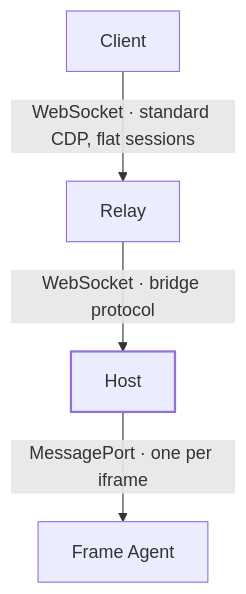
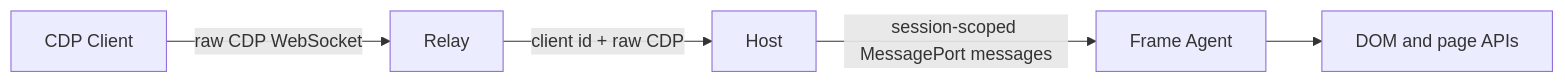
The diagram in docs/explanation/architecture.md (olimsaidov/icdp), drawn with Mermaid before and after one commit. The commit also changed other lines of this file and 78 other files, not shown here.

````diff
--- a/docs/explanation/architecture.md
+++ b/docs/explanation/architecture.md
@@ -15,7 +12,7 @@
 ```mermaid
-flowchart TD
-    C["Client"] -->|"WebSocket · standard CDP, flat sessions"| R["Relay"]
-    R -->|"WebSocket · bridge protocol"| H["Host"]:::hub
-    H -->|"MessagePort · one per iframe"| F["Frame Agent"]
-    classDef hub stroke-width:2px;
+flowchart LR
+    C["CDP Client"] -->|"raw CDP WebSocket"| R["Relay"]
+    R -->|"client id + raw CDP"| H["Host"]
+    H -->|"session-scoped MessagePort messages"| F["Frame Agent"]
+    F --> D["DOM and page APIs"]
 ```
````
